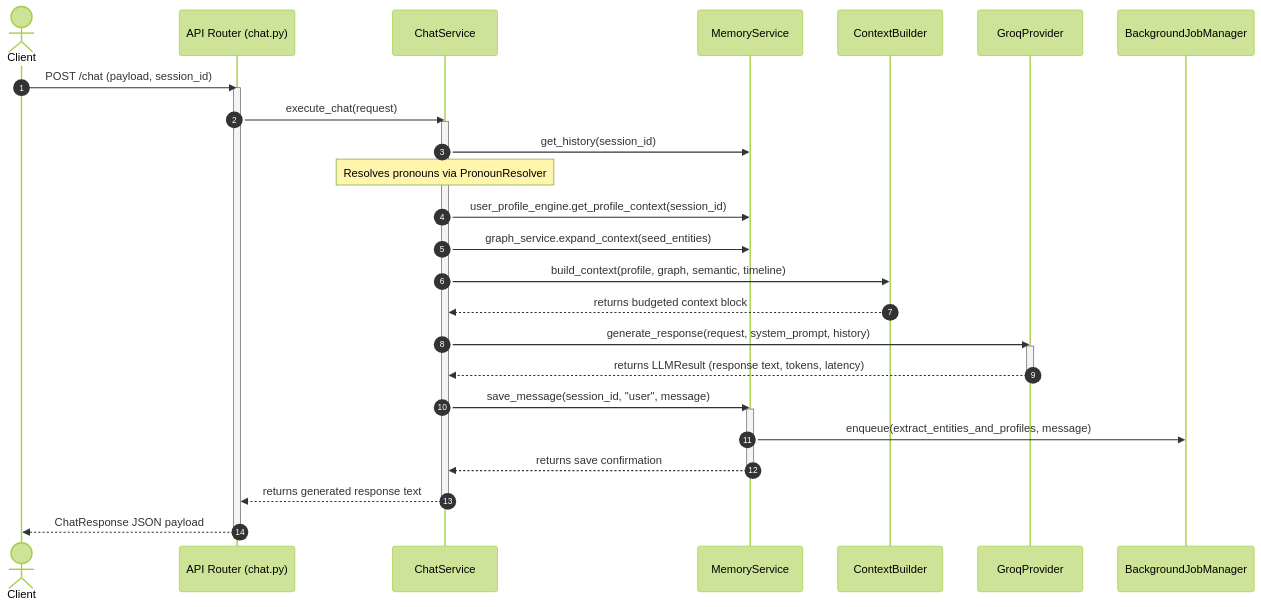
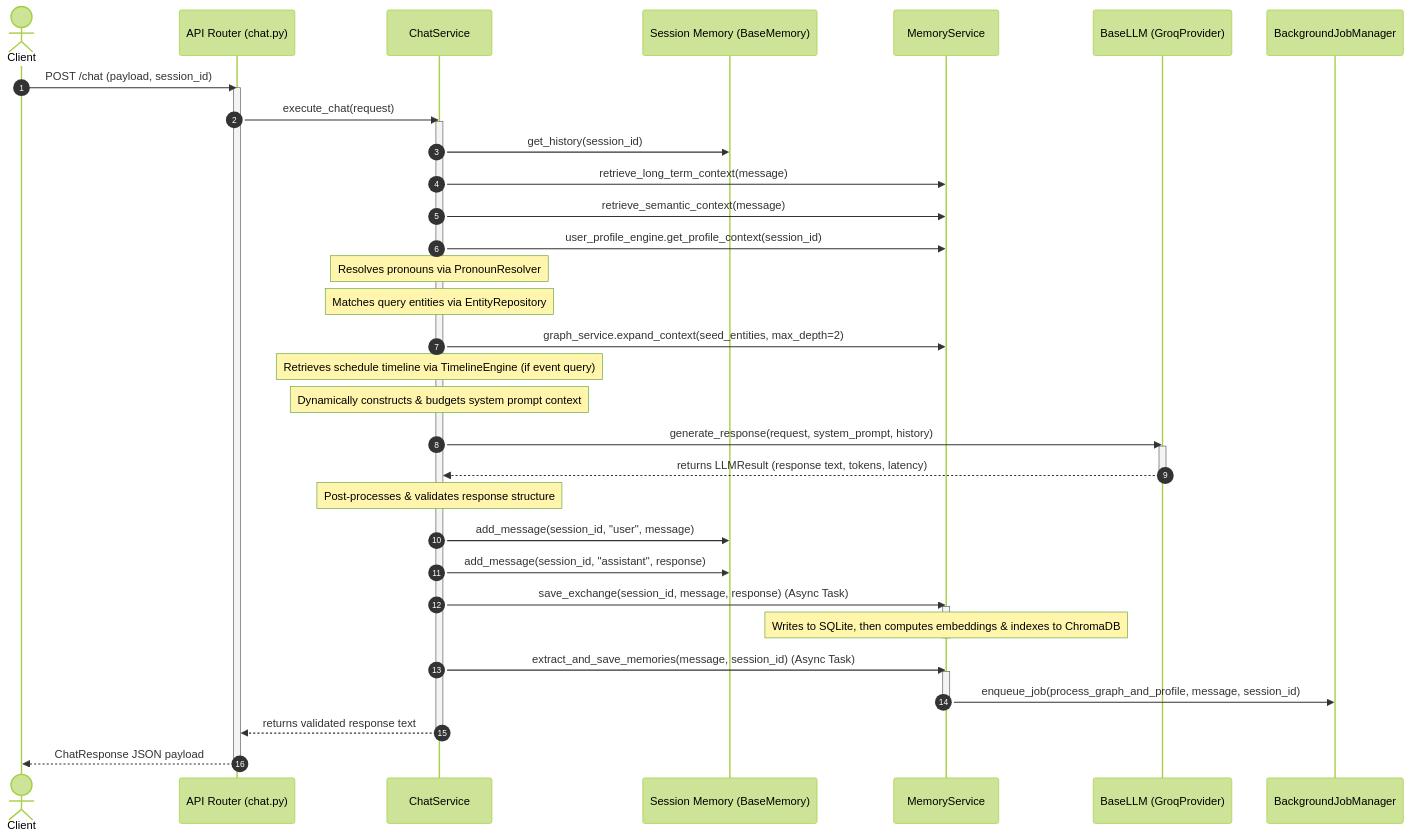
One commit to JAN-VIKASH/JARVIS changed the diagram in docs/diagrams/backend_flow.md. Above: the diagram before and after it, drawn with Mermaid (forest theme). The commit also changed other lines of this file and 20 other files, not shown here.

````diff
--- a/docs/diagrams/backend_flow.md
+++ b/docs/diagrams/backend_flow.md
@@ -10,42 +10,54 @@
 ```mermaid
 sequenceDiagram
     autonumber
     actor Client
     participant Router as API Router (chat.py)
     participant CS as ChatService
+    participant Mem as Session Memory (BaseMemory)
     participant MS as MemoryService
-    participant CB as ContextBuilder
-    participant LLM as GroqProvider
+    participant LLM as BaseLLM (GroqProvider)
     participant Background as BackgroundJobManager
 
     Client->>Router: POST /chat (payload, session_id)
     activate Router
     Router->>CS: execute_chat(request)
     activate CS
     
     %% Context compilation
-    CS->>MS: get_history(session_id)
+    CS->>Mem: get_history(session_id)
+    CS->>MS: retrieve_long_term_context(message)
+    CS->>MS: retrieve_semantic_context(message)
+    CS->>MS: user_profile_engine.get_profile_context(session_id)
     Note over CS: Resolves pronouns via PronounResolver
-    CS->>MS: user_profile_engine.get_profile_context(session_id)
-    CS->>MS: graph_service.expand_context(seed_entities)
+    Note over CS: Matches query entities via EntityRepository
+    CS->>MS: graph_service.expand_context(seed_entities, max_depth=2)
+    Note over CS: Retrieves schedule timeline via TimelineEngine (if event query)
     
-    CS->>CB: build_context(profile, graph, semantic, timeline)
-    CB-->>CS: returns budgeted context block
+    Note over CS: Dynamically constructs & budgets system prompt context
     
     CS->>LLM: generate_response(request, system_prompt, history)
     activate LLM
     LLM-->>CS: returns LLMResult (response text, tokens, latency)
     deactivate LLM
     
+    Note over CS: Post-processes & validates response structure
+    
+    CS->>Mem: add_message(session_id, "user", message)
+    CS->>Mem: add_message(session_id, "assistant", response)
+    
     %% Async background save pipeline
-    CS->>MS: save_message(session_id, "user", message)
+    CS->>MS: save_exchange(session_id, message, response) (Async Task)
     activate MS
-    MS->>Background: enqueue(extract_entities_and_profiles, message)
-    MS-->>CS: returns save confirmation
+    Note over MS: Writes to SQLite, then computes embeddings & indexes to ChromaDB
     deactivate MS
     
-    CS-->>Router: returns generated response text
+    CS->>MS: extract_and_save_memories(message, session_id) (Async Task)
+    activate MS
+    MS->>Background: enqueue_job(process_graph_and_profile, message, session_id)
+    deactivate MS
+    
+    CS-->>Router: returns validated response text
     deactivate CS
     Router-->>Client: ChatResponse JSON payload
     deactivate Router
 ```
````
